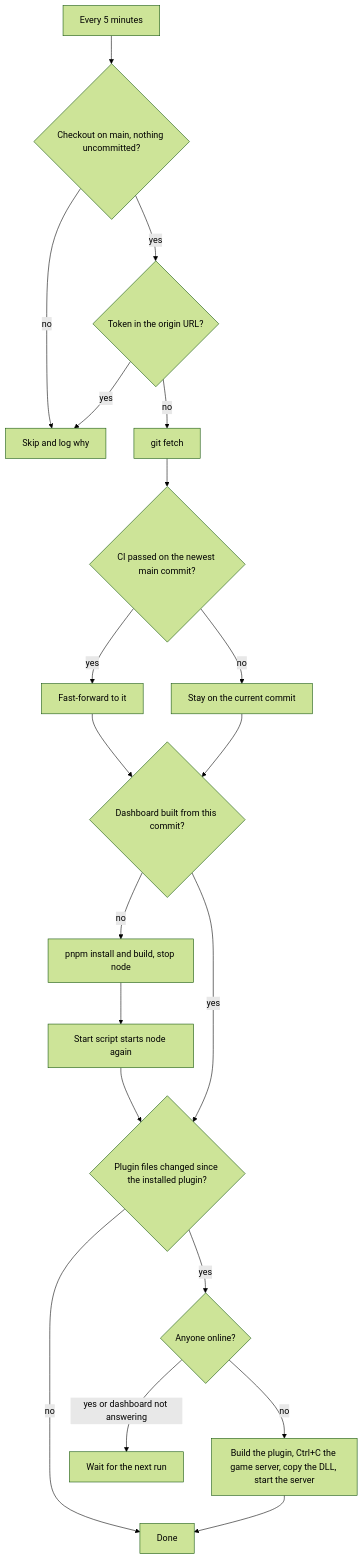
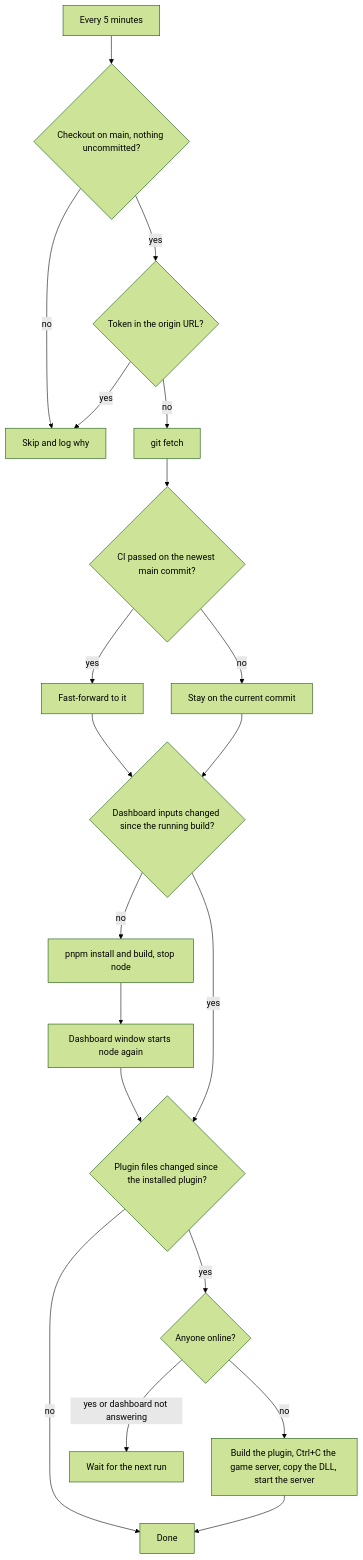
Before and after one commit to cristiadu/valheim-dashboard: diagram 21 of 22 in docs/architecture.md, drawn with Mermaid (forest theme). The commit also changed other lines of this file and 10 other files, not shown here.

````diff
--- a/docs/architecture.md
+++ b/docs/architecture.md
@@ -505,21 +482,21 @@
 ```mermaid
 flowchart TD
   run[Every 5 minutes] --> branch{Checkout on main, nothing uncommitted?}
   branch -->|no| skip[Skip and log why]
   branch -->|yes| url{Token in the origin URL?}
   url -->|yes| skip
   url -->|no| fetch[git fetch]
   fetch --> ci{CI passed on the newest main commit?}
   ci -->|yes| pull[Fast-forward to it]
   ci -->|no| stay[Stay on the current commit]
-  pull --> dash{Dashboard built from this commit?}
+  pull --> dash{Dashboard inputs changed since the running build?}
   stay --> dash
-  dash -->|no| build[pnpm install and build, stop node] --> loop[Start script starts node again]
+  dash -->|no| build[pnpm install and build, stop node] --> loop[Dashboard window starts node again]
   dash -->|yes| plugin
   loop --> plugin{Plugin files changed since the installed plugin?}
   plugin -->|no| done[Done]
   plugin -->|yes| online{Anyone online?}
   online -->|yes or dashboard not answering| wait[Wait for the next run]
   online -->|no| stop[Build the plugin, Ctrl+C the game server, copy the DLL, start the server]
   stop --> done
 ```
````
